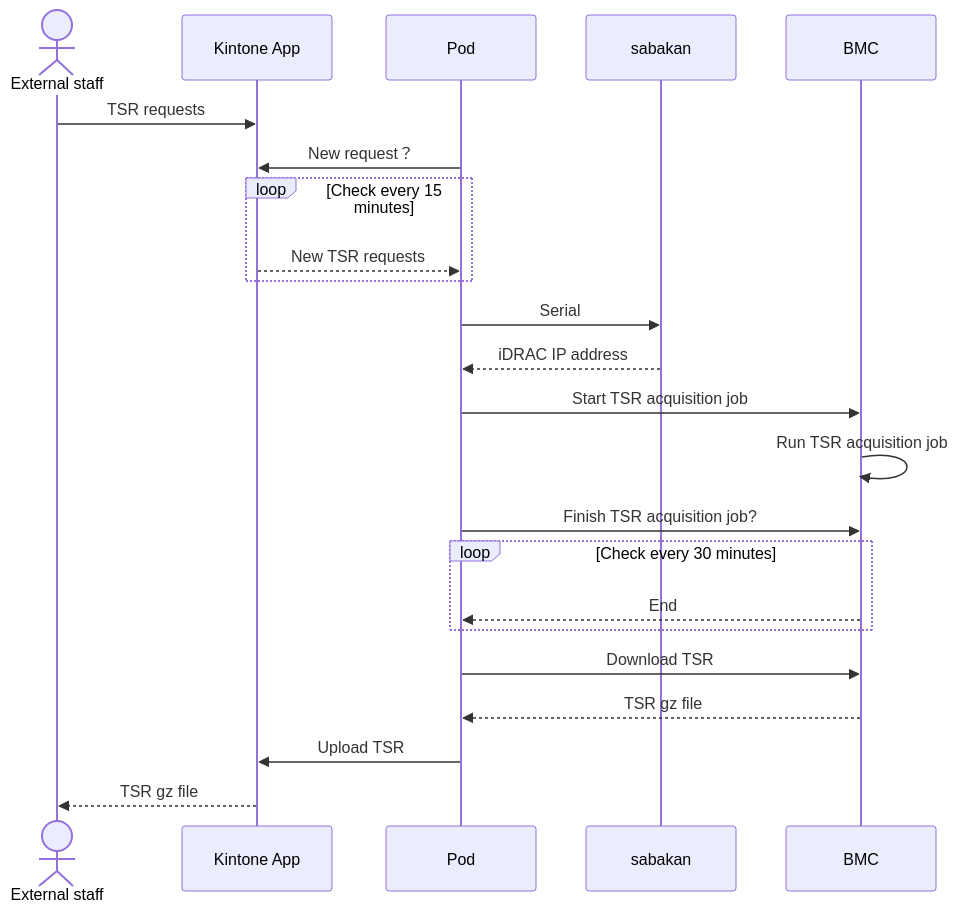
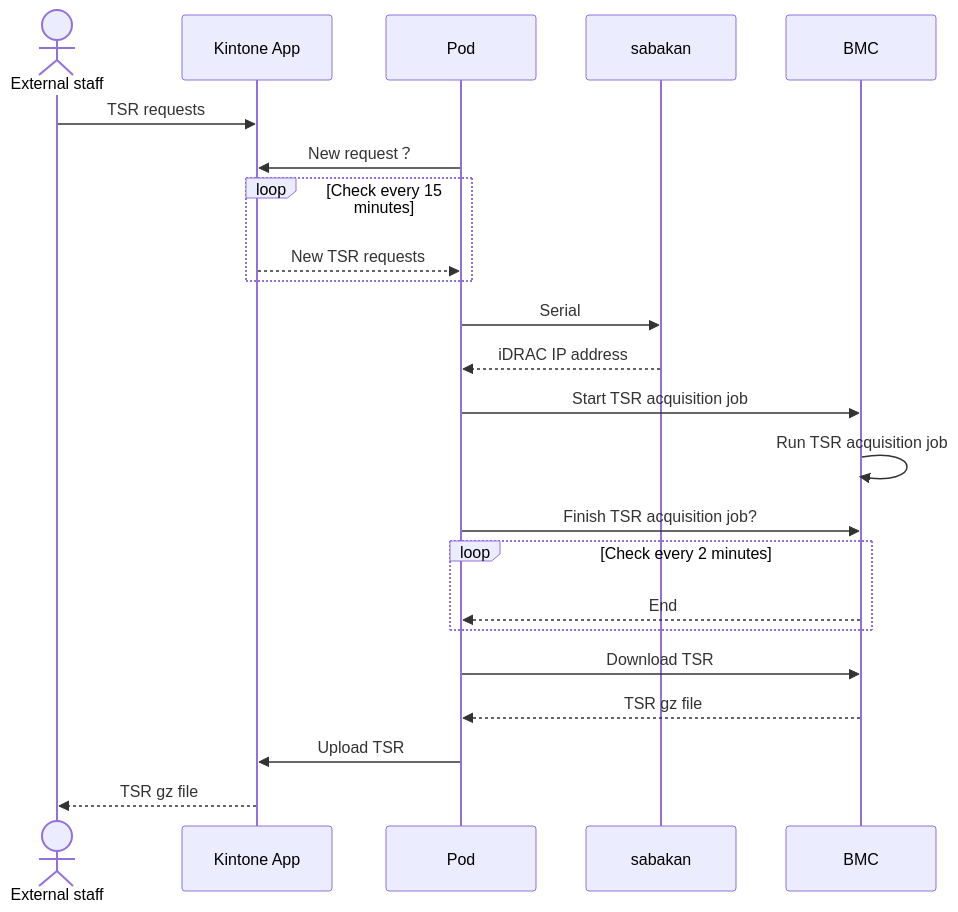
The first of 2 diagrams in tsr-transporter/docs/design.md (cybozu/neco-containers), drawn with Mermaid before and after one commit. The commit also changed other lines of this file, not shown here.

Commit message:
update design diagram

````diff
--- a/tsr-transporter/docs/design.md
+++ b/tsr-transporter/docs/design.md
@@ -13,25 +15,25 @@
 ```mermaid
 sequenceDiagram
 actor External staff
 participant Kintone App
 participant Pod
 participant sabakan
 participant BMC
 External staff->>Kintone App:TSR requests
 Pod->>Kintone App: New request？
 loop Check every 15 minutes
 Kintone App-->>Pod:New TSR requests
 end
 Pod->>sabakan: Serial
 sabakan-->>Pod: iDRAC IP address
 Pod->>BMC: Start TSR acquisition job
 BMC->>BMC: Run TSR acquisition job
 Pod->>BMC: Finish TSR acquisition job?
-loop Check every 30 minutes
+loop Check every 2 minutes
 BMC-->>Pod: End
 end
 Pod->>BMC: Download TSR
 BMC-->>Pod: TSR gz file
 Pod->>Kintone App: Upload TSR
 Kintone App-->>External staff: TSR  gz file
 ```
````
